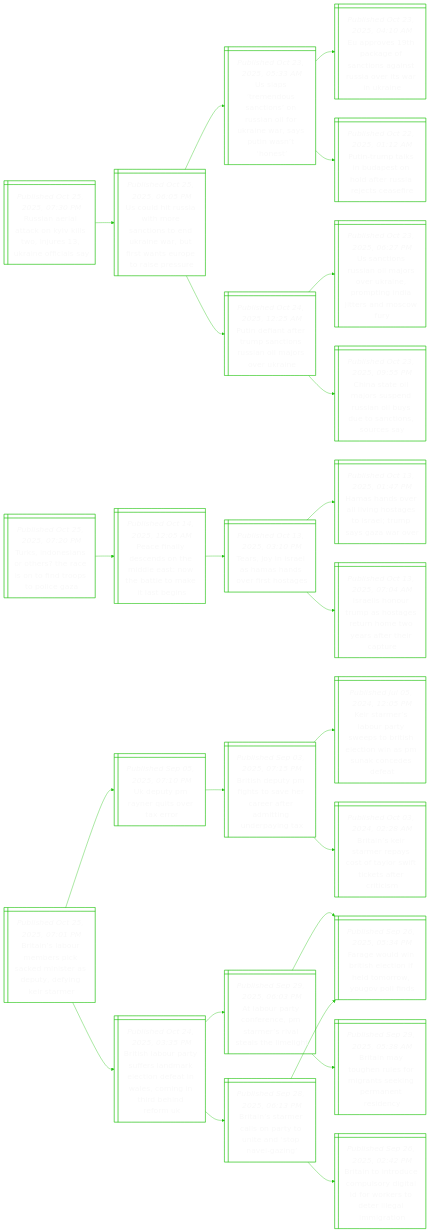
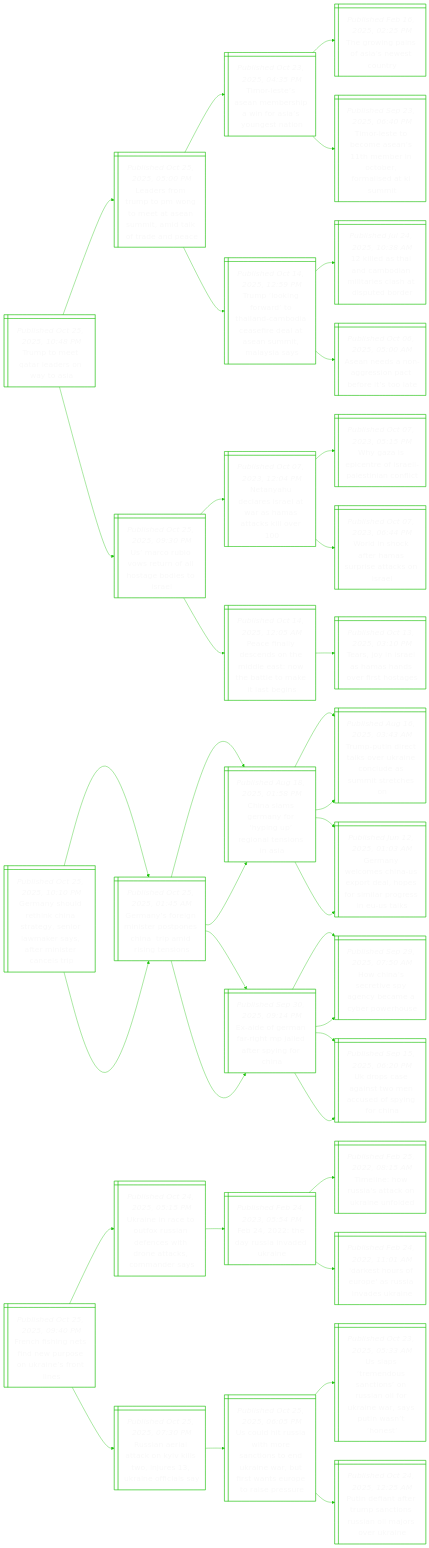
The diagram in README.md (notJmes/notJmes), drawn with Mermaid before and after one commit. The commit also changed other lines of this file, not shown here.

````diff
--- a/README.md
+++ b/README.md
@@ -16,82 +16,121 @@
 flowchart LR
 classDef txtsize font-size:20px;
 
+TttrewA@{ shape: win-pane, label: "_Published Oct 25, 2025, 10:48 PM_
+Trump to meet qatar leaders on way to asia" }
+LrmpWoaamikade@{ shape: win-pane, label: "_Published Oct 25, 2025, 05:00 PM_
+Leaders from trump to pm wong to meet at asean summit, amid talk of trade and peace" }
+TLsnepfiuto@{ shape: win-pane, label: "_Published Oct 23, 2025, 04:35 PM_
+Timor-leste’s asean membership a win for asia’s youngest nation" }
+Topoaeu@{ shape: win-pane, label: "_Published Feb 16, 2025, 02:25 PM_
+The growing pains of asia’s newest country" }
+TLtoehecradst@{ shape: win-pane, label: "_Published Sep 23, 2025, 06:40 PM_
+Timor-leste to become asean’s 11th member in october, formalised at kl summit" }
+Tlnwolaiseaamla@{ shape: win-pane, label: "_Published Oct 14, 2025, 12:59 PM_
+Trump ‘looking forward’ to thailand-cambodia ceasefire deal at asean summit, malaysia says" }
+kdaCdirltuo@{ shape: win-pane, label: "_Published Jul 24, 2025, 10:38 AM_
+12 killed as thai and cambodian militaries clash at disputed border" }
+Anagsaftl@{ shape: win-pane, label: "_Published Oct 06, 2025, 05:00 AM_
+Asean needs a non-aggression pact before it’s too late" }
+Ucisrltota@{ shape: win-pane, label: "_Published Oct 25, 2025, 09:30 PM_
+Us’ marco rubio vows return of all hostage bodies to israel" }
+NyeeawHakl@{ shape: win-pane, label: "_Published Oct 07, 2023, 12:04 PM_
+Netanyahu declares israel at war as hamas attacks kill over 100" }
+WzptIleint@{ shape: win-pane, label: "_Published Oct 07, 2023, 05:15 PM_
+Why gaza is epicentre of israeli-palestinian conflict" }
+Wiceapaks@{ shape: win-pane, label: "_Published Oct 07, 2023, 06:44 PM_
+World in shock after hamas surprise attacks on israel" }
+PflcoMeNelale@{ shape: win-pane, label: "_Published Oct 14, 2025, 12:05 AM_
+Peace finally descends on the middle east: now the battle to make it last begins" }
+TjIlmnest@{ shape: win-pane, label: "_Published Oct 13, 2025, 03:10 PM_
+Tears, joy in israel as hamas hands over first hostages" }
+
+TttrewA:::txtsize --> LrmpWoaamikade:::txtsize
+LrmpWoaamikade:::txtsize --> TLsnepfiuto:::txtsize
+TLsnepfiuto:::txtsize --> Topoaeu:::txtsize
+TLsnepfiuto:::txtsize --> TLtoehecradst:::txtsize
+LrmpWoaamikade:::txtsize --> Tlnwolaiseaamla:::txtsize
+Tlnwolaiseaamla:::txtsize --> kdaCdirltuo:::txtsize
+Tlnwolaiseaamla:::txtsize --> Anagsaftl:::txtsize
+TttrewA:::txtsize --> Ucisrltota:::txtsize
+Ucisrltota:::txtsize --> NyeeawHakl:::txtsize
+NyeeawHakl:::txtsize --> WzptIleint:::txtsize
+NyeeawHakl:::txtsize --> Wiceapaks:::txtsize
+Ucisrltota:::txtsize --> PflcoMeNelale:::txtsize
+PflcoMeNelale:::txtsize --> TjIlmnest:::txtsize
+
+GnutCsenaesrsas@{ shape: win-pane, label: "_Published Oct 25, 2025, 10:10 PM_
+Germany should rethink china strategy, senior lawmaker says, after minister cancels trip" }
+Gnrmtsenprgi@{ shape: win-pane, label: "_Published Oct 25, 2025, 01:45 AM_
+Germany’s foreign minister postpones china  trip amid rising tensions" }
+CsGnhgglin@{ shape: win-pane, label: "_Published Aug 18, 2025, 01:58 PM_
+China slams germany for ‘hyping up’ regional tensions in asia" }
+TPdtsUncamre@{ shape: win-pane, label: "_Published Aug 16, 2025, 03:43 AM_
+Trump-putin direct talks over ukraine conclude as summit stretches on" }
+GncCUoaesagiSs@{ shape: win-pane, label: "_Published Jun 12, 2025, 01:03 AM_
+Germany welcomes china-us export deal, hopes for similar progress in eu-us talks" }
+Eerahaasgh@{ shape: win-pane, label: "_Published Sep 30, 2025, 09:14 PM_
+Ex-aide of german far-right mp jailed after spying for china" }
+Hieiycayoo@{ shape: win-pane, label: "_Published Sep 29, 2025, 07:50 AM_
+How china’s secretive spy agency became a cyber powerhouse" }
+Upenocdyon@{ shape: win-pane, label: "_Published Sep 15, 2025, 06:20 PM_
+Uk drops case against two men accused of spying for china" }
+Gnrmtsenprgi@{ shape: win-pane, label: "_Published Oct 25, 2025, 01:45 AM_
+Germany’s foreign minister postpones china  trip amid rising tensions" }
+CsGnhgglin@{ shape: win-pane, label: "_Published Aug 18, 2025, 01:58 PM_
+China slams germany for ‘hyping up’ regional tensions in asia" }
+TPdtsUncamre@{ shape: win-pane, label: "_Published Aug 16, 2025, 03:43 AM_
+Trump-putin direct talks over ukraine conclude as summit stretches on" }
+GncCUoaesagiSs@{ shape: win-pane, label: "_Published Jun 12, 2025, 01:03 AM_
+Germany welcomes china-us export deal, hopes for similar progress in eu-us talks" }
+Eerahaasgh@{ shape: win-pane, label: "_Published Sep 30, 2025, 09:14 PM_
+Ex-aide of german far-right mp jailed after spying for china" }
+Hieiycayoo@{ shape: win-pane, label: "_Published Sep 29, 2025, 07:50 AM_
+How china’s secretive spy agency became a cyber powerhouse" }
+Upenocdyon@{ shape: win-pane, label: "_Published Sep 15, 2025, 06:20 PM_
+Uk drops case against two men accused of spying for china" }
+
+GnutCsenaesrsas:::txtsize --> Gnrmtsenprgi:::txtsize
+Gnrmtsenprgi:::txtsize --> CsGnhgglin:::txtsize
+CsGnhgglin:::txtsize --> TPdtsUncamre:::txtsize
+CsGnhgglin:::txtsize --> GncCUoaesagiSs:::txtsize
+Gnrmtsenprgi:::txtsize --> Eerahaasgh:::txtsize
+Eerahaasgh:::txtsize --> Hieiycayoo:::txtsize
+Eerahaasgh:::txtsize --> Upenocdyon:::txtsize
+GnutCsenaesrsas:::txtsize --> Gnrmtsenprgi:::txtsize
+Gnrmtsenprgi:::txtsize --> CsGnhgglin:::txtsize
+CsGnhgglin:::txtsize --> TPdtsUncamre:::txtsize
+CsGnhgglin:::txtsize --> GncCUoaesagiSs:::txtsize
+Gnrmtsenprgi:::txtsize --> Eerahaasgh:::txtsize
+Eerahaasgh:::txtsize --> Hieiycayoo:::txtsize
+Eerahaasgh:::txtsize --> Upenocdyon:::txtsize
+
+Fhitduersts@{ shape: win-pane, label: "_Published Oct 25, 2025, 09:40 PM_
+French fishing nets find new purpose on ukraine’s front lines" }
+Unaoxifsdakmr@{ shape: win-pane, label: "_Published Oct 24, 2025, 05:15 PM_
+Ukraine in race to outfox russian defences with drone attacks, commander says" }
+Feuiea@{ shape: win-pane, label: "_Published Feb 24, 2023, 05:54 PM_
+Feb 24, 2022: the day russia invaded ukraine" }
+Tiwitnifd@{ shape: win-pane, label: "_Published Feb 25, 2022, 08:15 AM_
+Timeline: how russia's attack on ukraine unfolded" }
+DsruasvUn@{ shape: win-pane, label: "_Published Feb 24, 2022, 11:01 AM_
+'darkest hours of europe' as russia invades ukraine" }
 RaitnktjUnis@{ shape: win-pane, label: "_Published Oct 25, 2025, 07:30 PM_
 Russian aerial attack on kyiv kills two, injures 13, ukraine officials say" }
 UlRamaoerwttsparr@{ shape: win-pane, label: "_Published Oct 25, 2025, 06:05 PM_
 Us could hit russia with more sanctions to end ukraine war, but first wants europe to raise pressure" }
 UpmucssorirPwht@{ shape: win-pane, label: "_Published Oct 23, 2025, 05:33 AM_
 Us slaps ‘tremendous sanctions’ on russian oil for ukraine war, says putin wasn’t ‘honest’" }
-ErtkftassewUn@{ shape: win-pane, label: "_Published Oct 23, 2025, 04:10 AM_
-Eu approves 19th package of sanctions against russia over its war in ukraine" }
-PTtiaodrieei@{ shape: win-pane, label: "_Published Oct 22, 2025, 01:12 AM_
-Putin-trump talks in budapest on hold after russia rejects ceasefire" }
 Pdnemcsilrri@{ shape: win-pane, label: "_Published Oct 24, 2025, 12:25 AM_
 Putin defiant after trump sanctions russian oil majors over ukraine" }
-Ucsilrrionitncr@{ shape: win-pane, label: "_Published Oct 23, 2025, 06:27 PM_
-Us sanctions russian oil majors over ukraine, prompting india jitters and moscow fury" }
-Csojudildsios@{ shape: win-pane, label: "_Published Oct 23, 2025, 09:55 PM_
-China state oil majors suspend russian oil buys due to sanctions, sources say" }
 
+Fhitduersts:::txtsize --> Unaoxifsdakmr:::txtsize
+Unaoxifsdakmr:::txtsize --> Feuiea:::txtsize
+Feuiea:::txtsize --> Tiwitnifd:::txtsize
+Feuiea:::txtsize --> DsruasvUn:::txtsize
+Fhitduersts:::txtsize --> RaitnktjUnis:::txtsize
 RaitnktjUnis:::txtsize --> UlRamaoerwttsparr:::txtsize
 UlRamaoerwttsparr:::txtsize --> UpmucssorirPwht:::txtsize
-UpmucssorirPwht:::txtsize --> ErtkftassewUn:::txtsize
-UpmucssorirPwht:::txtsize --> PTtiaodrieei:::txtsize
 UlRamaoerwttsparr:::txtsize --> Pdnemcsilrri:::txtsize
-Pdnemcsilrri:::txtsize --> Ucsilrrionitncr:::txtsize
-Pdnemcsilrri:::txtsize --> Csojudildsios:::txtsize
-
-TIeshhetdpoG@{ shape: win-pane, label: "_Published Oct 25, 2025, 07:20 PM_
-Turks, indonesians or others? the race is on to find troops to police gaza" }
-PflcoMeNelale@{ shape: win-pane, label: "_Published Oct 14, 2025, 12:05 AM_
-Peace finally descends on the middle east: now the battle to make it last begins" }
-TjIlmnest@{ shape: win-pane, label: "_Published Oct 13, 2025, 03:10 PM_
-Tears, joy in israel as hamas hands over first hostages" }
-Hholissrrazo@{ shape: win-pane, label: "_Published Oct 13, 2025, 01:47 PM_
-Hamas hands over all living hostages to israel; trump says gaza war over" }
-Ilnrsaehwreit@{ shape: win-pane, label: "_Published Oct 13, 2025, 07:04 AM_
-Israelis honour trump as hostages return home two years after their capture" }
-
-TIeshhetdpoG:::txtsize --> PflcoMeNelale:::txtsize
-PflcoMeNelale:::txtsize --> TjIlmnest:::txtsize
-TjIlmnest:::txtsize --> Hholissrrazo:::txtsize
-TjIlmnest:::txtsize --> Ilnrsaehwreit:::txtsize
-
-Bibessdsstyea@{ shape: win-pane, label: "_Published Oct 25, 2025, 07:01 PM_
-Britain’s labour members pick sacked minister as deputy, defying keir starmer" }
-UuRrstr@{ shape: win-pane, label: "_Published Sep 05, 2025, 07:10 PM_
-Uk deputy pm rayner quits over tax error" }
-Bsufsvcrrtupg@{ shape: win-pane, label: "_Published Sep 03, 2025, 07:15 PM_
-British deputy pm fights to save her career after admitting underpaying tax" }
-Ktroreoiensnnsa@{ shape: win-pane, label: "_Published Jul 05, 2024, 12:05 PM_
-Keir starmer’s labour party sweeps to british election win as pm sunak concedes defeat" }
-Biirecfofkfri@{ shape: win-pane, label: "_Published Oct 03, 2024, 02:28 AM_
-Britain’s keir starmer repays cost of taylor swift tickets after criticism" }
-BsorflaenaaoirifK@{ shape: win-pane, label: "_Published Oct 24, 2025, 03:35 PM_
-British labour party suffers landmark election defeat in wales, coming in third behind reform uk" }
-AornnSevehet@{ shape: win-pane, label: "_Published Sep 29, 2025, 06:03 PM_
-At labour party conference, pm starmer’s rival steals the limelight" }
-Fedrhtftruon@{ shape: win-pane, label: "_Published Sep 26, 2025, 05:34 PM_
-Farage would win british election if held tomorrow, yougov poll finds" }
-Biteemnepnen@{ shape: win-pane, label: "_Published Sep 29, 2025, 05:38 AM_
-Britain may toughen rules for migrants seeking permanent residency" }
-Biacotnnpln@{ shape: win-pane, label: "_Published Sep 28, 2025, 06:13 PM_
-Britain’s starmer calls on party to unite and ‘stop navel-gazing’" }
-BinumogIwrellgo@{ shape: win-pane, label: "_Published Sep 26, 2025, 02:42 PM_
-Britain to introduce compulsory digital id for workers to deter illegal immigration" }
-Fedrhtftruon@{ shape: win-pane, label: "_Published Sep 26, 2025, 05:34 PM_
-Farage would win british election if held tomorrow, yougov poll finds" }
-
-Bibessdsstyea:::txtsize --> UuRrstr:::txtsize
-UuRrstr:::txtsize --> Bsufsvcrrtupg:::txtsize
-Bsufsvcrrtupg:::txtsize --> Ktroreoiensnnsa:::txtsize
-Bsufsvcrrtupg:::txtsize --> Biirecfofkfri:::txtsize
-Bibessdsstyea:::txtsize --> BsorflaenaaoirifK:::txtsize
-BsorflaenaaoirifK:::txtsize --> AornnSevehet:::txtsize
-AornnSevehet:::txtsize --> Fedrhtftruon:::txtsize
-AornnSevehet:::txtsize --> Biteemnepnen:::txtsize
-BsorflaenaaoirifK:::txtsize --> Biacotnnpln:::txtsize
-Biacotnnpln:::txtsize --> BinumogIwrellgo:::txtsize
-Biacotnnpln:::txtsize --> Fedrhtftruon:::txtsize
 
 ```
````
